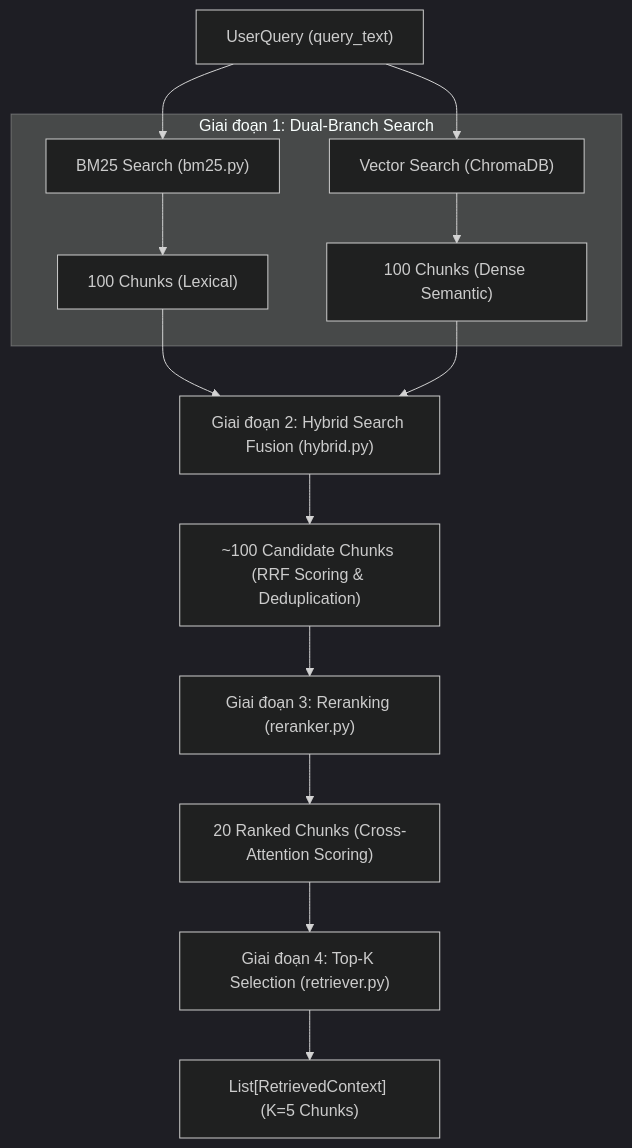
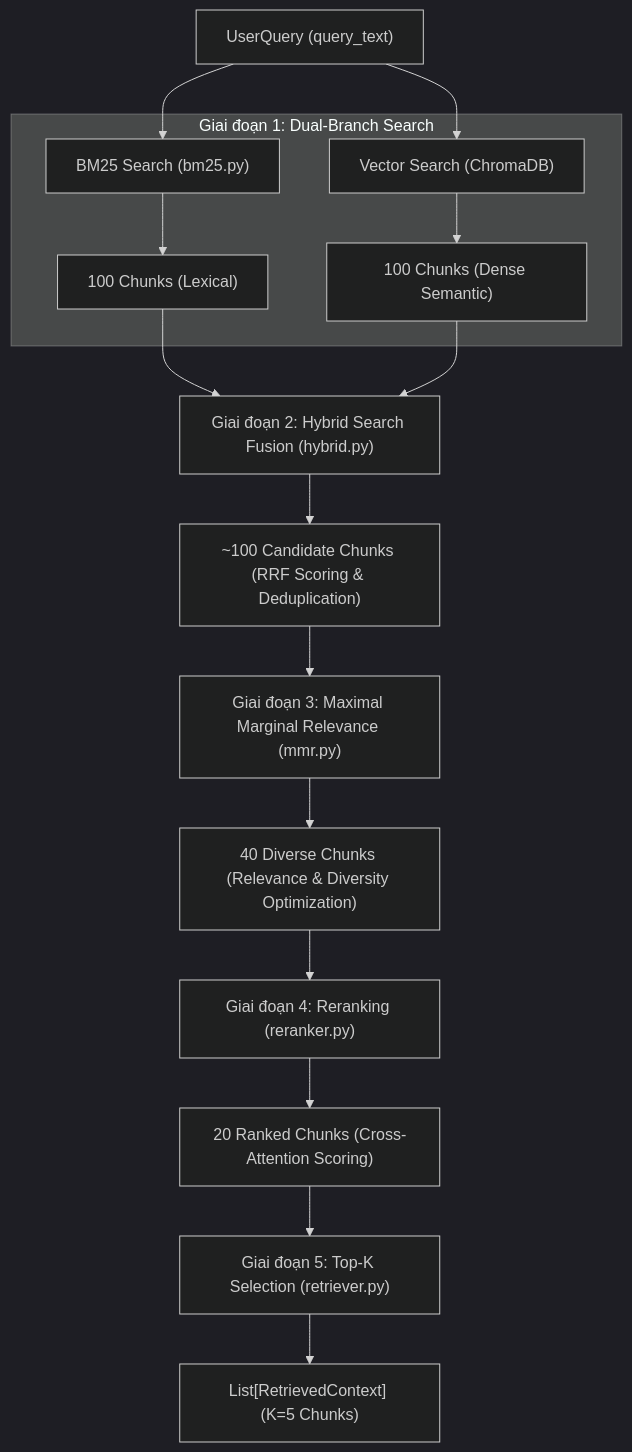
Before and after one commit to PhiDuongDat26072006/UETChatbot: the diagram in src/retrieval/doc.md, drawn with Mermaid (dark theme). The commit also changed other lines of this file and 4 other files, not shown here.

Commit message:
update(retrieval): use jina-reranker-v2-base-multilingual/onnx reranker and add Maximal Marginal Relevance mechanism beforere ranker

````diff
--- a/src/retrieval/doc.md
+++ b/src/retrieval/doc.md
@@ -11,23 +11,27 @@
 ```mermaid
 flowchart TD
     Q["UserQuery (query_text)"] --> B1
     Q --> B2
 
     subgraph S1 ["Giai đoạn 1: Dual-Branch Search"]
         B1["BM25 Search (bm25.py)"] --> R_BM25["100 Chunks (Lexical)"]
         B2["Vector Search (ChromaDB)"] --> R_VEC["100 Chunks (Dense Semantic)"]
     end
 
     R_BM25 --> S2["Giai đoạn 2: Hybrid Search Fusion (hybrid.py)"]
     R_VEC --> S2
 
     S2 --> CAND["~100 Candidate Chunks (RRF Scoring & Deduplication)"]
 
-    CAND --> S3["Giai đoạn 3: Reranking (reranker.py)"]
+    CAND --> S3["Giai đoạn 3: Maximal Marginal Relevance (mmr.py)"]
 
-    S3 --> RANKED["20 Ranked Chunks (Cross-Attention Scoring)"]
+    S3 --> DIVERSE["40 Diverse Chunks (Relevance & Diversity Optimization)"]
 
-    RANKED --> S4["Giai đoạn 4: Top-K Selection (retriever.py)"]
+    DIVERSE --> S4["Giai đoạn 4: Reranking (reranker.py)"]
 
-    S4 --> OUT["List[RetrievedContext] (K=5 Chunks)"]
+    S4 --> RANKED["20 Ranked Chunks (Cross-Attention Scoring)"]
+
+    RANKED --> S5["Giai đoạn 5: Top-K Selection (retriever.py)"]
+
+    S5 --> OUT["List[RetrievedContext] (K=5 Chunks)"]
 ```
````
